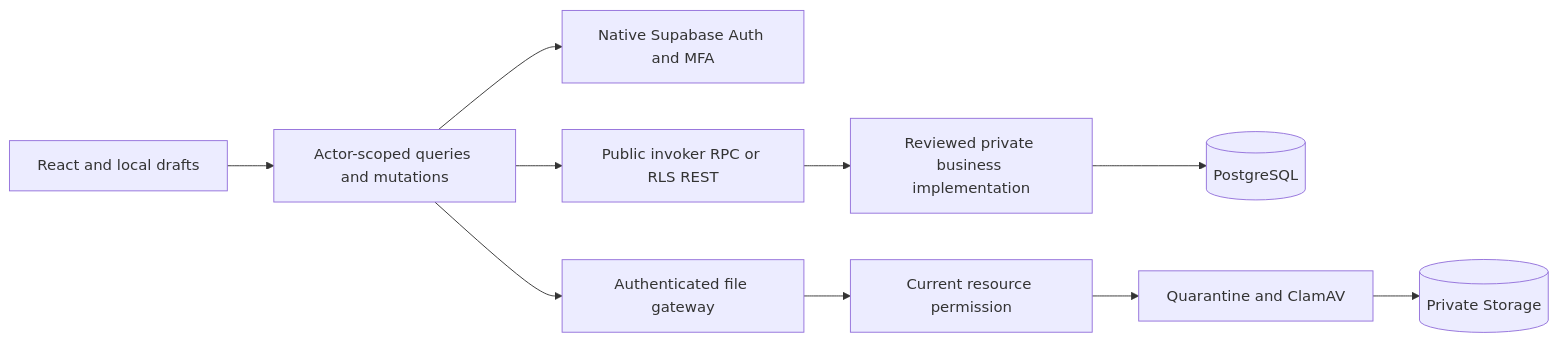
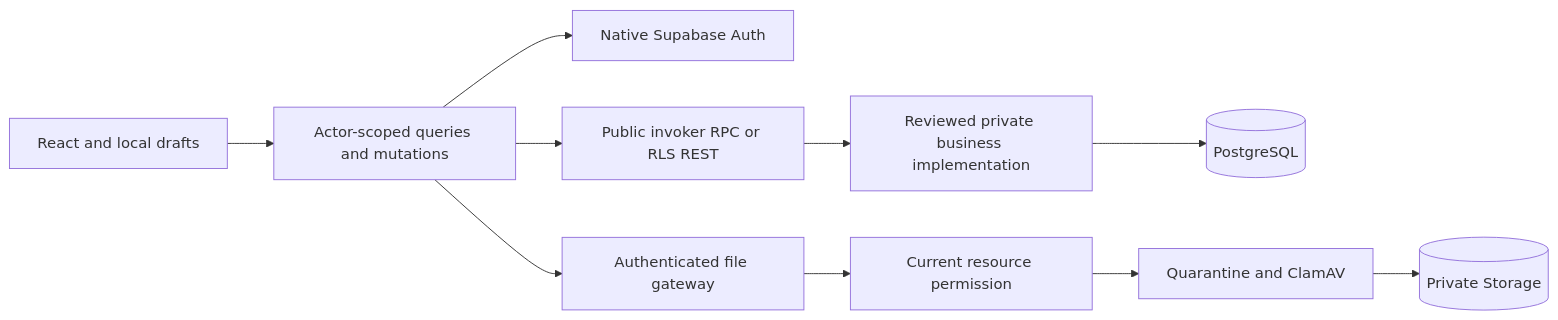
Before and after one commit to Luminovia-Training-Consulting/Luminovia-Management-Tool: the first of 20 diagrams in DEVELOPMENT.md, drawn with Mermaid. The commit also changed other lines of this file and 13 other files, not shown here.

````diff
--- a/DEVELOPMENT.md
+++ b/DEVELOPMENT.md
@@ -65,12 +65,12 @@
 ```mermaid
 flowchart LR
   UI[React and local drafts] --> Query[Actor-scoped queries and mutations]
-  Query --> Auth[Native Supabase Auth and MFA]
+  Query --> Auth[Native Supabase Auth]
   Query --> API[Public invoker RPC or RLS REST]
   API --> Private[Reviewed private business implementation]
   Private --> PG[(PostgreSQL)]
   Query --> Files[Authenticated file gateway]
   Files --> Check[Current resource permission]
   Check --> Scan[Quarantine and ClamAV]
   Scan --> Storage[(Private Storage)]
 ```
````
